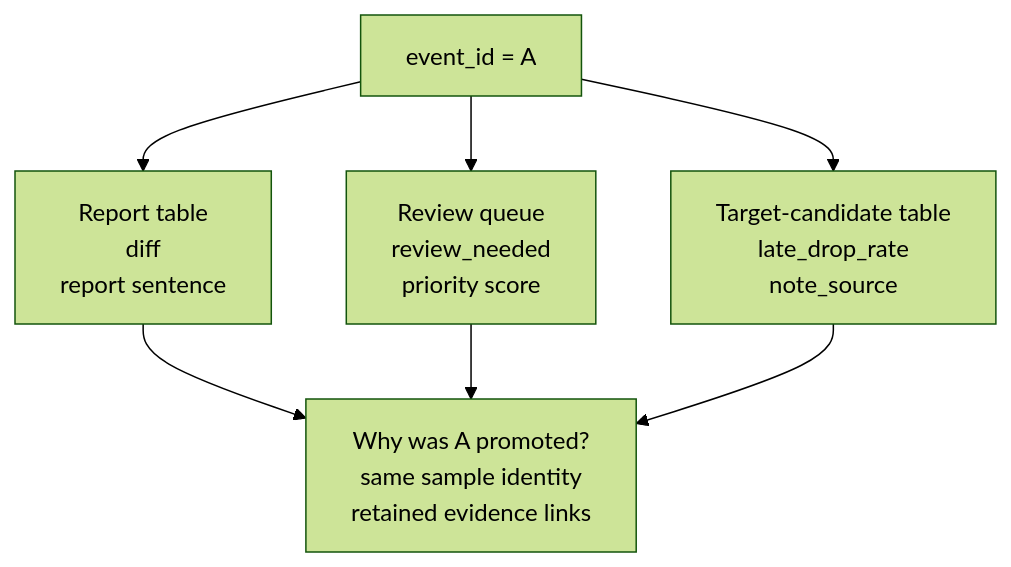
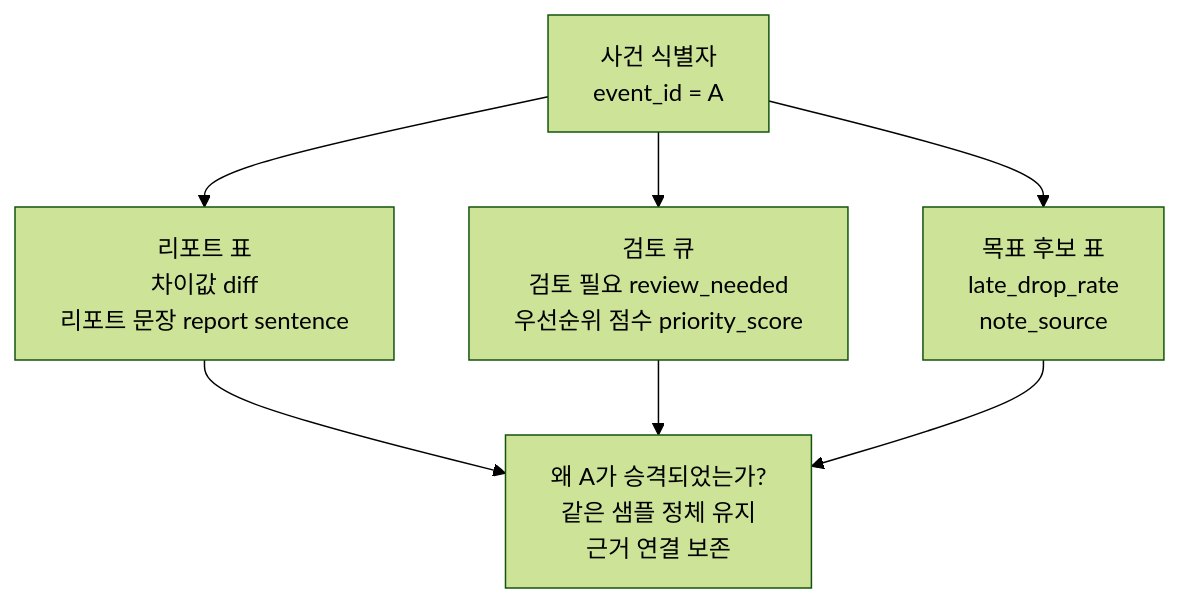
One commit to devchan64/AiBook changed the diagram in docs/parts/part-03/chapter-09/section-05.md. Above: the diagram before and after it, drawn with Mermaid (forest theme). The commit also changed 45 other files, not shown here.

Commit message:
docs: localize part 3 mermaid diagrams

````diff
--- a/docs/parts/part-03/chapter-09/section-05.md
+++ b/docs/parts/part-03/chapter-09/section-05.md
@@ -82,14 +82,14 @@
 ```mermaid
 flowchart TD
-    A[event_id = A]
+    A[사건 식별자<br/>event_id = A]
 
-    A --> B[Report table<br/>diff<br/>report sentence]
-    A --> C[Review queue<br/>review_needed<br/>priority score]
-    A --> D[Target-candidate table<br/>late_drop_rate<br/>note_source]
+    A --> B[리포트 표<br/>차이값 diff<br/>리포트 문장 report sentence]
+    A --> C[검토 큐<br/>검토 필요 review_needed<br/>우선순위 점수 priority_score]
+    A --> D[목표 후보 표<br/>late_drop_rate<br/>note_source]
 
-    B --> E[Trace back to comparison evidence]
+    B --> E[비교 근거로 다시 추적]
     C --> E
     D --> E
 
-    E[Why was A promoted?<br/>same sample identity<br/>retained evidence links]
+    E[왜 A가 승격되었는가?<br/>같은 샘플 정체 유지<br/>근거 연결 보존]
 ```
````
